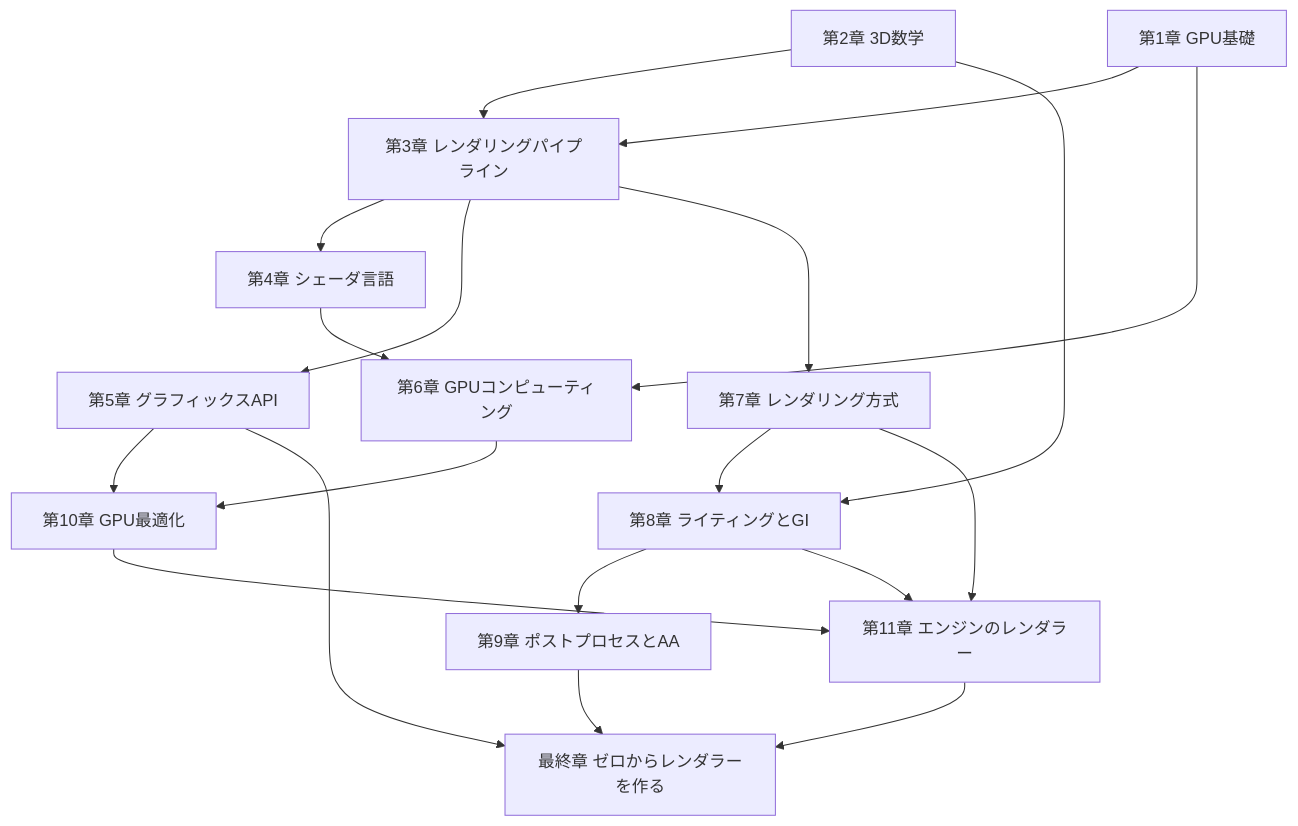
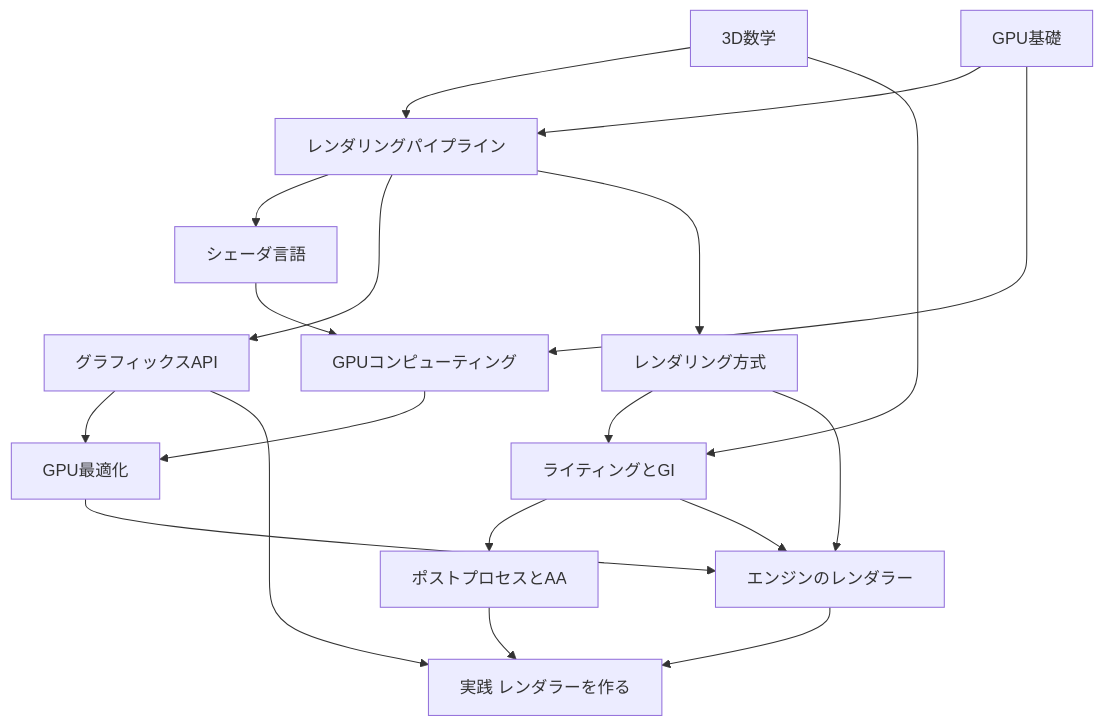
One commit to sny0/sny0.github.io changed the diagram in study/docs/guide/rendering/roadmap.md. Above: the diagram before and after it, drawn with Mermaid. The commit also changed other lines of this file and 312 other files, not shown here.

````diff
--- a/study/docs/guide/rendering/roadmap.md
+++ b/study/docs/guide/rendering/roadmap.md
@@ -16,21 +22,21 @@
 ```mermaid
 flowchart TD
-    A[第1章 GPU基礎] --> C[第3章 レンダリングパイプライン]
-    B[第2章 3D数学] --> C
-    C --> D[第4章 シェーダ言語]
-    C --> E[第5章 グラフィックスAPI]
-    A --> F[第6章 GPUコンピューティング]
+    A[GPU基礎] --> C[レンダリングパイプライン]
+    B[3D数学] --> C
+    C --> D[シェーダ言語]
+    C --> E[グラフィックスAPI]
+    A --> F[GPUコンピューティング]
     D --> F
-    C --> G[第7章 レンダリング方式]
-    B --> H[第8章 ライティングとGI]
+    C --> G[レンダリング方式]
+    B --> H[ライティングとGI]
     G --> H
-    H --> I[第9章 ポストプロセスとAA]
-    F --> J[第10章 GPU最適化]
+    H --> I[ポストプロセスとAA]
+    F --> J[GPU最適化]
     E --> J
-    G --> K[第11章 エンジンのレンダラー]
+    G --> K[エンジンのレンダラー]
     H --> K
     J --> K
-    E --> L[最終章 ゼロからレンダラーを作る]
+    E --> L[実践 レンダラーを作る]
     K --> L
     I --> L
 ```
````
